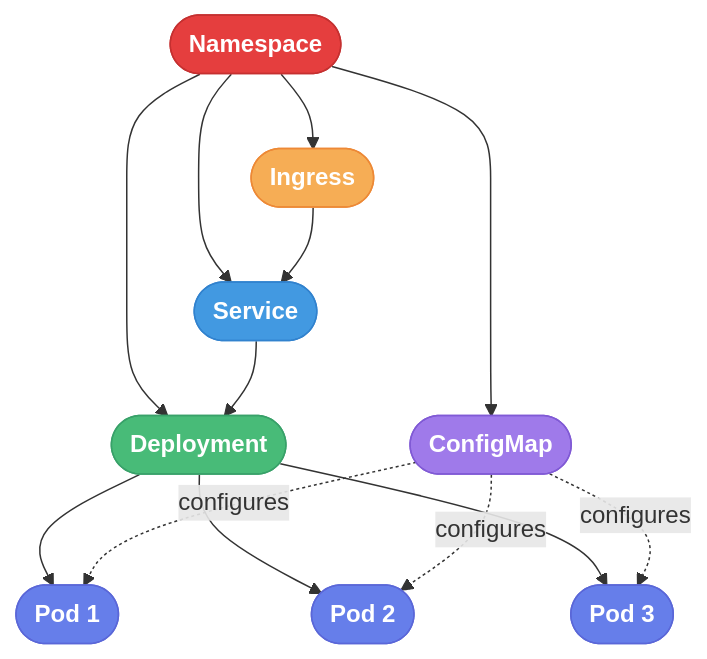
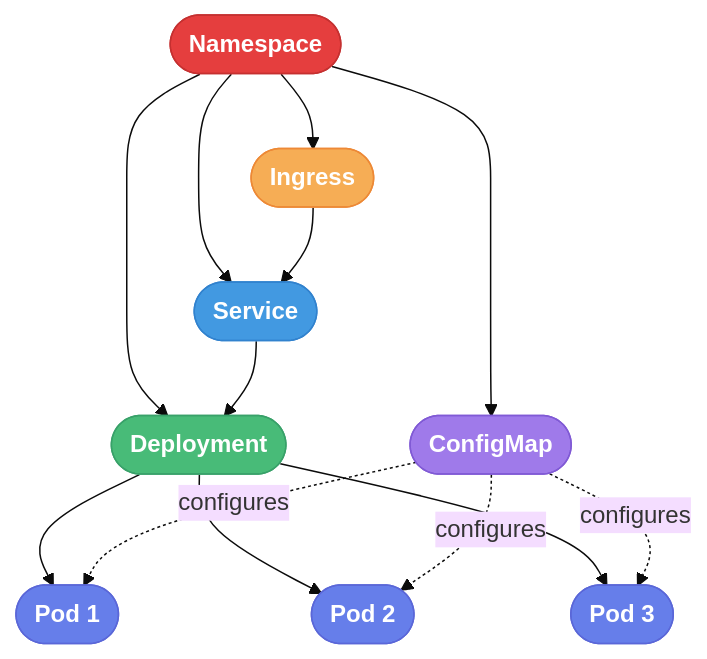
The third of 4 diagrams in README.md (DanorSODA/Devops-Course-Final-Project), drawn with Mermaid before and after one commit. The commit also changed other lines of this file, not shown here.

Commit message:
hide the control buttons of the readme graphs

````diff
--- a/README.md
+++ b/README.md
@@ -98,24 +100,25 @@
 ```mermaid
+%%{init: {'theme': 'base', 'themeVariables': { 'fontFamily': 'arial' }, "flowchart": {"htmlLabels": true, "curve": "basis"}, "sequence": {"showSequenceNumbers": false}, 'themeCSS': '.mermaid-control-btn { display: none; }'} }%%
 graph TD
     N([Namespace]):::namespace --> A([Ingress]):::ingress
     N --> B([Service]):::svc
     N --> C([Deployment]):::deploy
     N --> G([ConfigMap]):::config
 
     A --> B
     B --> C
     C --> D([Pod 1]):::pod
     C --> E([Pod 2]):::pod
     C --> F([Pod 3]):::pod
 
     G -.configures.-> D
     G -.configures.-> E
     G -.configures.-> F
 
     classDef namespace fill:#e53e3e,stroke:#c53030,color:#fff,font-family:arial,font-weight:bold
     classDef ingress fill:#f6ad55,stroke:#ed8936,color:#fff,font-family:arial,font-weight:bold
     classDef svc fill:#4299e1,stroke:#3182ce,color:#fff,font-family:arial,font-weight:bold
     classDef deploy fill:#48bb78,stroke:#38a169,color:#fff,font-family:arial,font-weight:bold
     classDef pod fill:#667eea,stroke:#5a67d8,color:#fff,font-family:arial,font-weight:bold
     classDef config fill:#9f7aea,stroke:#805ad5,color:#fff,font-family:arial,font-weight:bold
 ```
````
